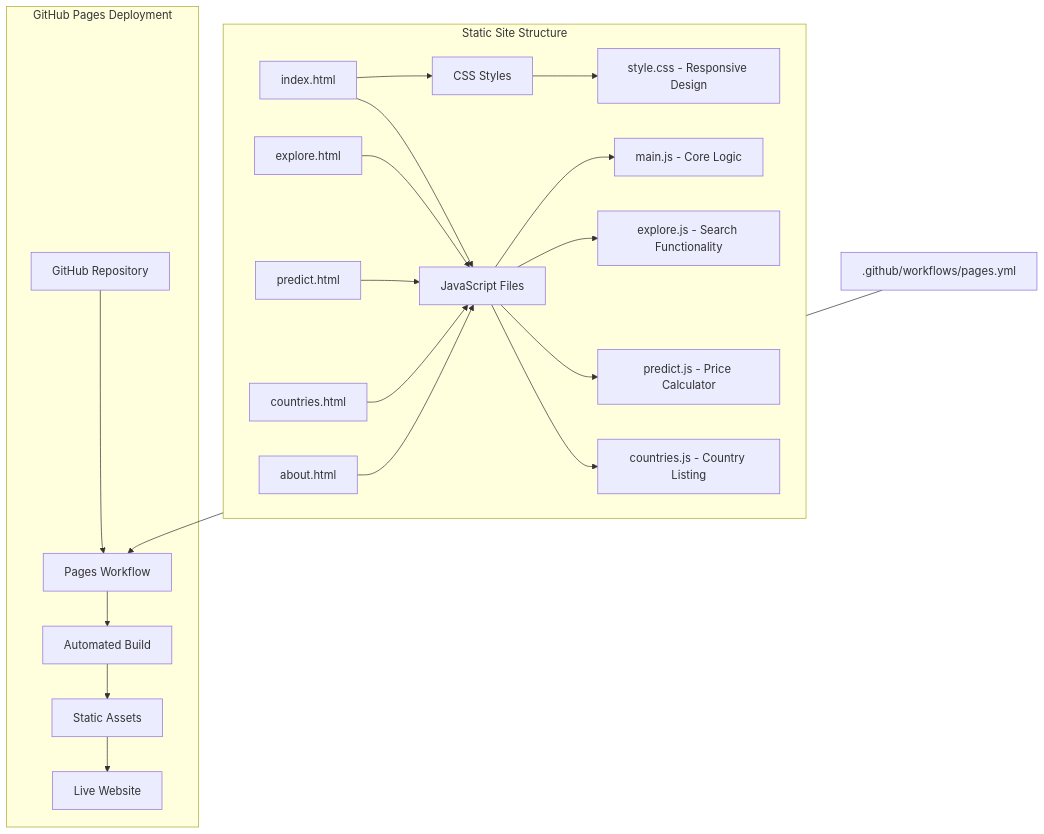
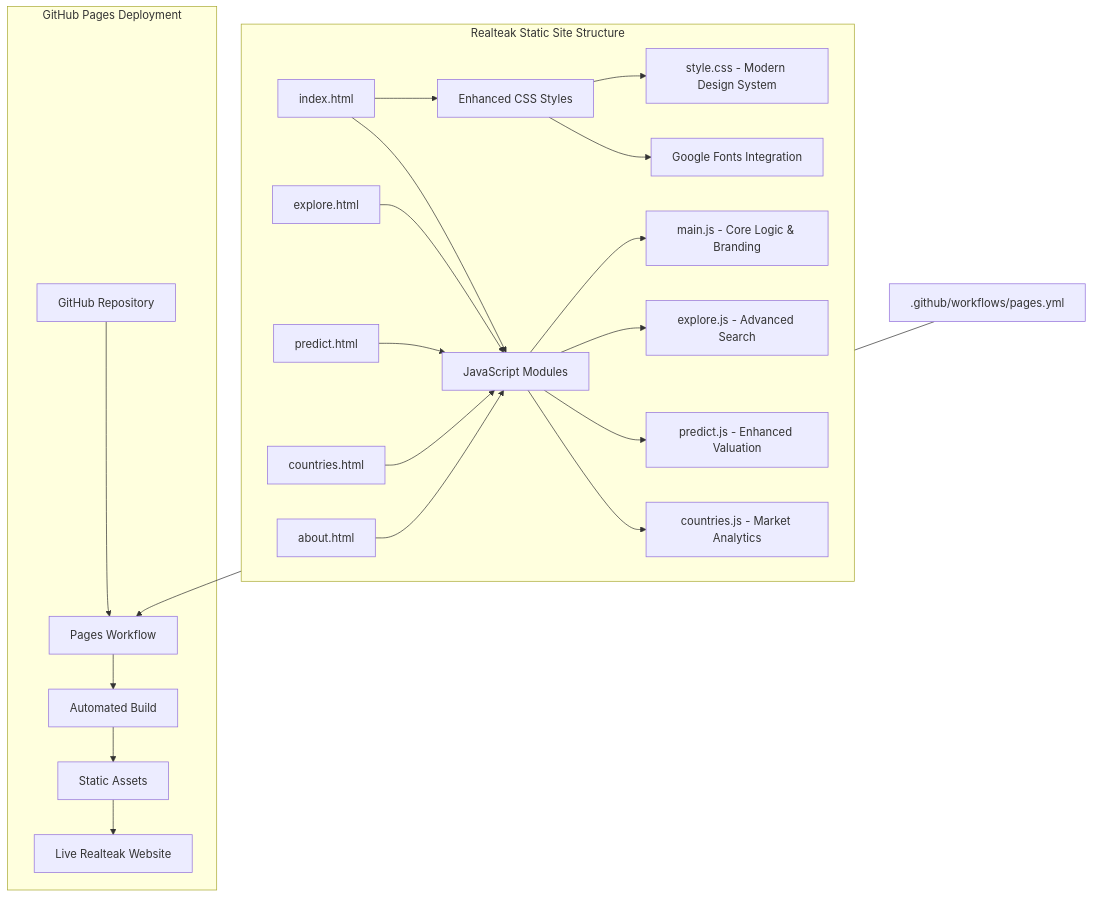
Before and after one commit to tashkirrr/housing-price-prediction: the first of 6 diagrams in .qoder/repowiki/en/content/Deployment and Operations/Static Site Deployment.md, drawn with Mermaid. The commit also changed other lines of this file and 3 other files, not shown here.

First line of the commit message:
docs(deployment): enhance deployment docs with dual architecture and static site details

````diff
--- a/.qoder/repowiki/en/content/Deployment and Operations/Static Site Deployment.md
+++ b/.qoder/repowiki/en/content/Deployment and Operations/Static Site Deployment.md
@@ -40,23 +52,24 @@
 ```mermaid
 graph TB
-subgraph "Static Site Structure"
-A[index.html] --> B[CSS Styles]
-A --> C[JavaScript Files]
+subgraph "Realteak Static Site Structure"
+A[index.html] --> B[Enhanced CSS Styles]
+A --> C[JavaScript Modules]
 D[explore.html] --> C
 E[predict.html] --> C
 F[countries.html] --> C
 G[about.html] --> C
-C --> H[main.js - Core Logic]
-C --> I[explore.js - Search Functionality]
-C --> J[predict.js - Price Calculator]
-C --> K[countries.js - Country Listing]
-B --> L[style.css - Responsive Design]
+C --> H[main.js - Core Logic & Branding]
+C --> I[explore.js - Advanced Search]
+C --> J[predict.js - Enhanced Valuation]
+C --> K[countries.js - Market Analytics]
+B --> L[style.css - Modern Design System]
+B --> M[Google Fonts Integration]
 end
 subgraph "GitHub Pages Deployment"
-M[GitHub Repository] --> N[Pages Workflow]
-N --> O[Automated Build]
-O --> P[Static Assets]
-P --> Q[Live Website]
+N[GitHub Repository] --> O[Pages Workflow]
+O --> P[Automated Build]
+P --> Q[Static Assets]
+Q --> R[Live Realteak Website]
 end
-R[.github/workflows/pages.yml] --> N
+S[.github/workflows/pages.yml] --> O
 ```
````
